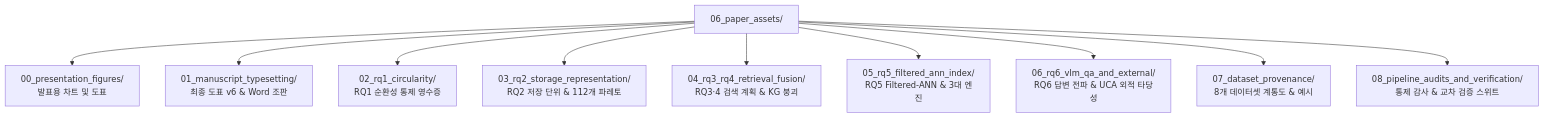
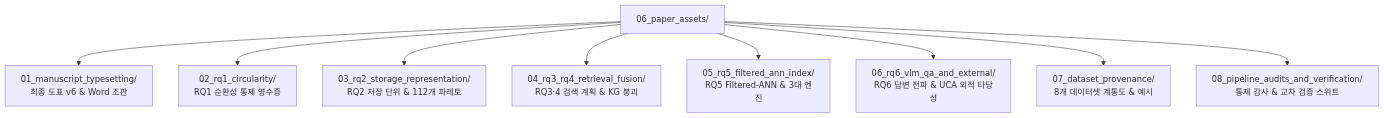
Before and after one commit to phantom0119/2026_KIISE_: the diagram in 06_paper_assets/README.md, drawn with Mermaid. The commit also changed other lines of this file and 25 other files, not shown here.

Commit message:
chore(repo): complete comprehensive repository audit, eliminate obsolete presentation assets, and synchronize all README links

````diff
--- a/06_paper_assets/README.md
+++ b/06_paper_assets/README.md
@@ -12,12 +12,11 @@
 ```mermaid
 flowchart TD
-    ASSETS["06_paper_assets/"] --> P0["00_presentation_figures/<br/>발표용 차트 및 도표"]
-    ASSETS --> P1["01_manuscript_typesetting/<br/>최종 도표 v6 & Word 조판"]
+    ASSETS["06_paper_assets/"] --> P1["01_manuscript_typesetting/<br/>최종 도표 v6 & Word 조판"]
     ASSETS --> P2["02_rq1_circularity/<br/>RQ1 순환성 통제 영수증"]
     ASSETS --> P3["03_rq2_storage_representation/<br/>RQ2 저장 단위 & 112개 파레토"]
     ASSETS --> P4["04_rq3_rq4_retrieval_fusion/<br/>RQ3·4 검색 계획 & KG 붕괴"]
     ASSETS --> P5["05_rq5_filtered_ann_index/<br/>RQ5 Filtered-ANN & 3대 엔진"]
     ASSETS --> P6["06_rq6_vlm_qa_and_external/<br/>RQ6 답변 전파 & UCA 외적 타당성"]
     ASSETS --> P7["07_dataset_provenance/<br/>8개 데이터셋 계통도 & 예시"]
     ASSETS --> P8["08_pipeline_audits_and_verification/<br/>통제 감사 & 교차 검증 스위트"]
 ```
````
